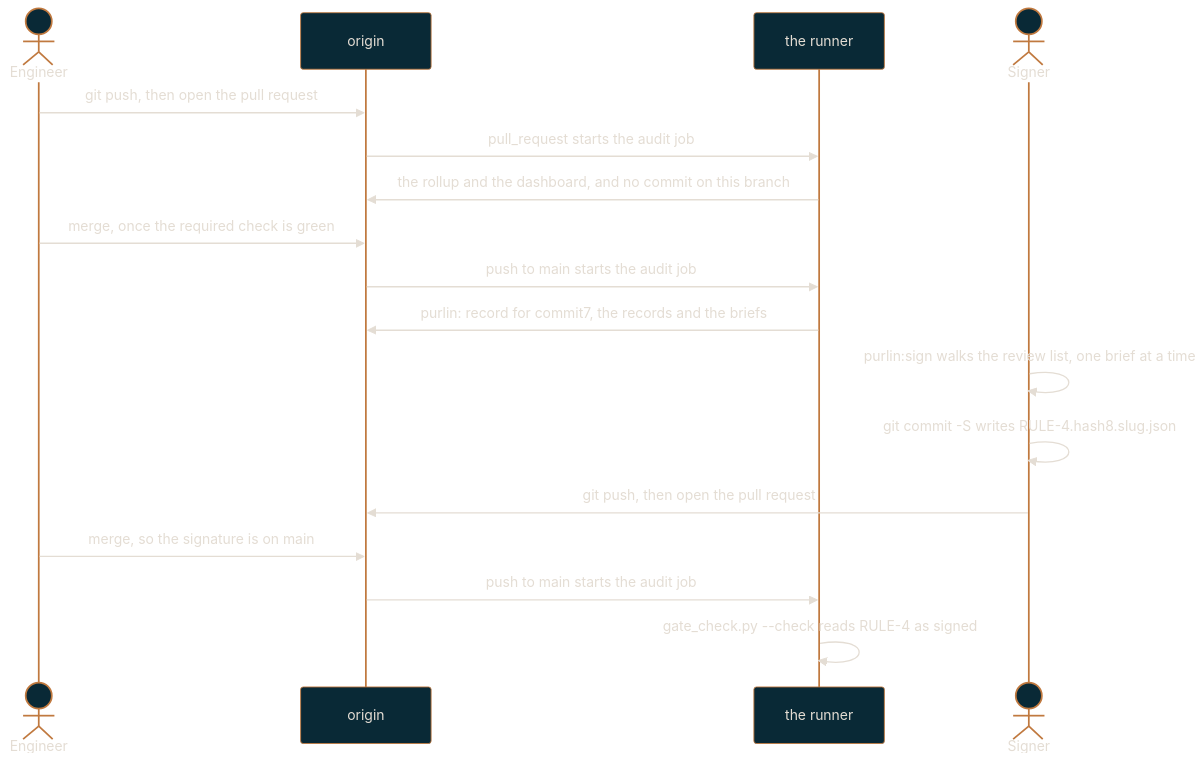
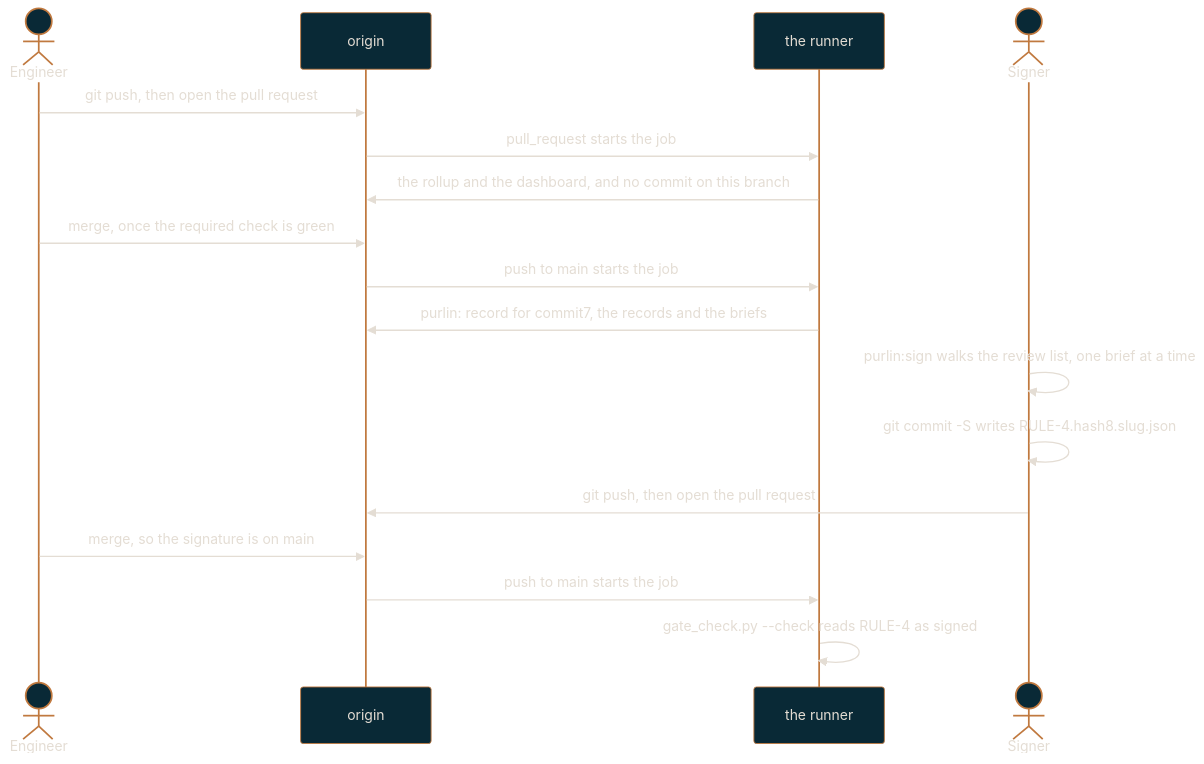
One commit to rlabarca/purlin changed the diagram in docs/regulated-workflow.md. Above: the diagram before and after it, drawn with Mermaid. The commit also changed other lines of this file and 9 other files, not shown here.

````diff
--- a/docs/regulated-workflow.md
+++ b/docs/regulated-workflow.md
@@ -25,20 +25,20 @@
 ```mermaid
 %%{init: {"theme": "base", "themeVariables": {"background": "#0C3444", "primaryColor": "#092936", "primaryTextColor": "#E4DDD4", "primaryBorderColor": "#C0793F", "lineColor": "#C0793F", "secondaryColor": "#0C3444", "tertiaryColor": "#092936", "fontFamily": "Arial", "textColor": "#E4DDD4"}}}%%
 sequenceDiagram
     actor Engineer
     participant Origin as origin
     participant CI as the runner
     actor Signer
     Engineer->>Origin: git push, then open the pull request
-    Origin->>CI: pull_request starts the audit job
+    Origin->>CI: pull_request starts the job
     CI->>Origin: the rollup and the dashboard, and no commit on this branch
     Engineer->>Origin: merge, once the required check is green
-    Origin->>CI: push to main starts the audit job
+    Origin->>CI: push to main starts the job
     CI->>Origin: purlin: record for commit7, the records and the briefs
     Signer->>Signer: purlin:sign walks the review list, one brief at a time
     Signer->>Signer: git commit -S writes RULE-4.hash8.slug.json
     Signer->>Origin: git push, then open the pull request
     Engineer->>Origin: merge, so the signature is on main
-    Origin->>CI: push to main starts the audit job
+    Origin->>CI: push to main starts the job
     CI->>CI: gate_check.py --check reads RULE-4 as signed
 ```
````
